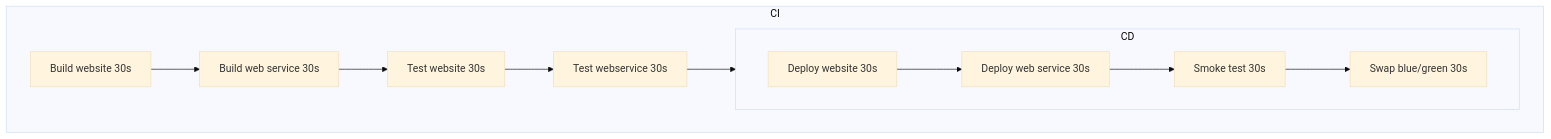
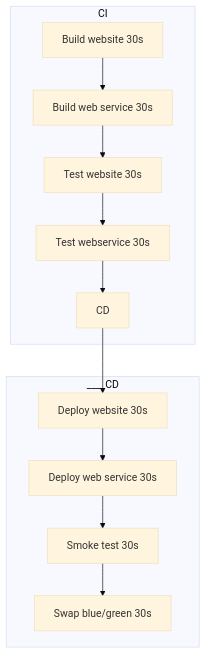
The first of 2 diagrams in README.md (samsmithnz/ParallelPipelinesDemo), drawn with Mermaid (base theme) before and after one commit.

````diff
--- a/README.md
+++ b/README.md
@@ -5,9 +5,9 @@
 ```mermaid
   graph TD;
       subgraph CI
-        buildweb[Build website 30s]-->buildwebservice[Build web service 30s]-->testWebsite[Test website 30s]-->testsWebservice[Test webservice 30s]-->CD;
+        buildweb[Build website 30s]-->buildwebservice[Build web service 30s]-->testWebsite[Test website 30s]-->testsWebservice[Test webservice 30s]-->CD2[CD];
       end
-      subgraph CD
-        deployWebsite[Deploy website 30s]-->deployWebService[Deploy web service 30s]-->smoke[Smoke test 30s]-->swap[Swap blue/green 30s];
+      subgraph ____CD
+        CD2[CD]-->deployWebsite[Deploy website 30s]-->deployWebService[Deploy web service 30s]-->smoke[Smoke test 30s]-->swap[Swap blue/green 30s];
       end
 ```
````
